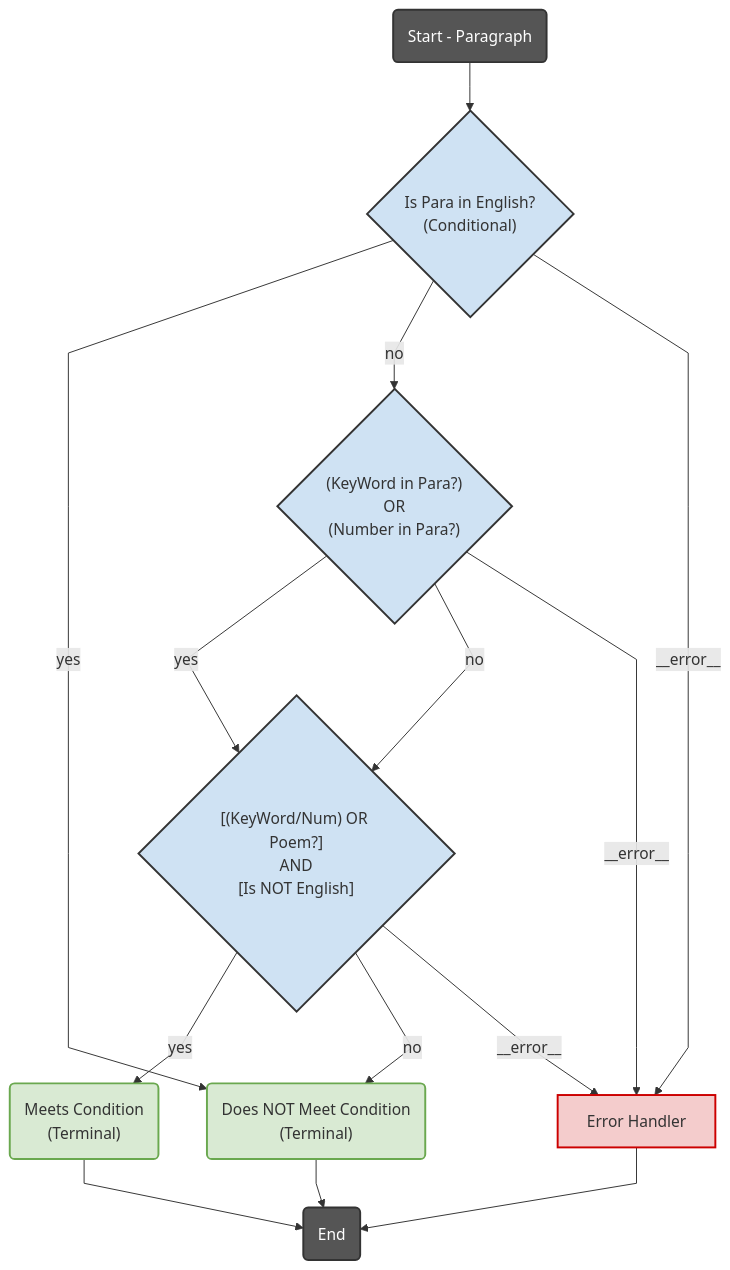
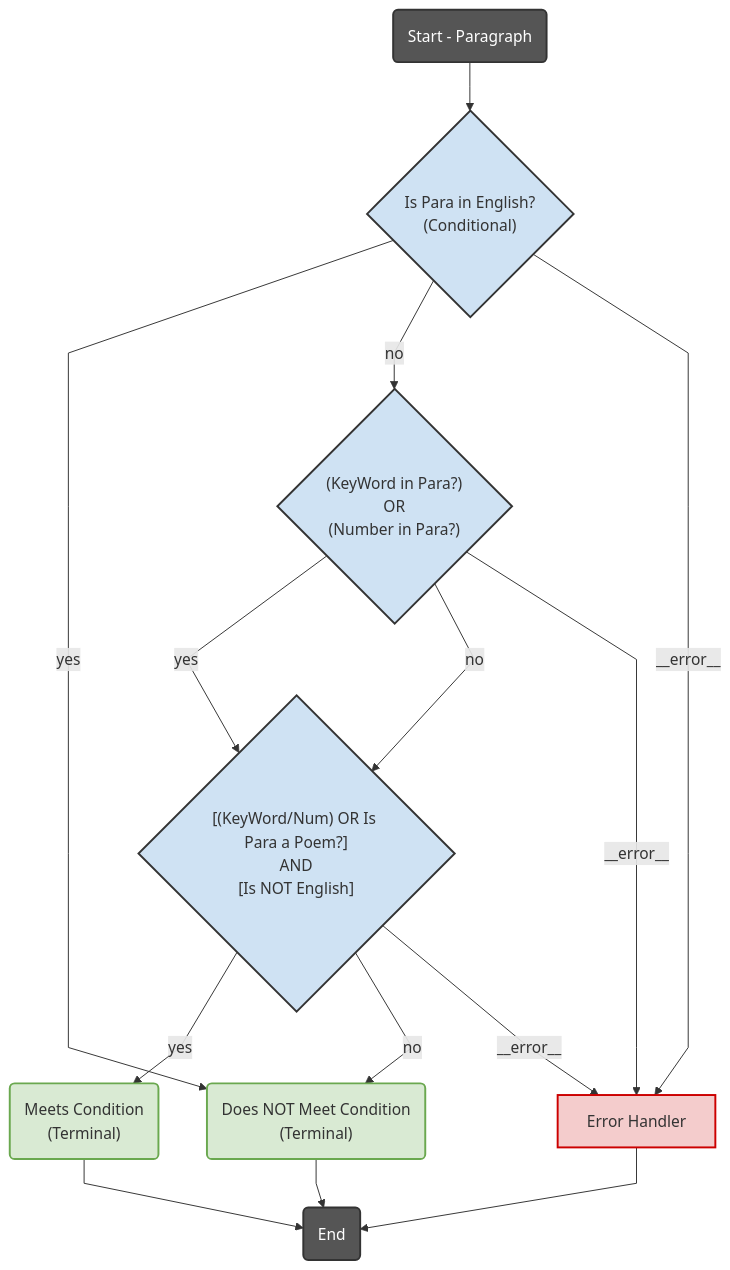
Before and after one commit to wilmandj/langgraph_decision_engine: the first of 2 diagrams in README.md, drawn with Mermaid.

````diff
--- a/README.md
+++ b/README.md
@@ -88,57 +88,57 @@
 ```mermaid
 ---
 config:
   flowchart:
     curve: linear
 ---
 graph TD;
     %% Node Definitions (Simplified Syntax with <br/> and Abstraction)
     __start__("Start - Paragraph"):::startEndNode
     wp_check_is_english{"Is Para in English?<br/>(Conditional)"}:::conditionalNode
     wp_check_word_or_num{"(KeyWord in Para?)<br/>OR<br/>(Number in Para?)"}:::conditionalNode
       %% Abstracted Node 1
-    wp_check_final_condition{"[(KeyWord/Num) OR Poem?]<br/>AND<br/>[Is NOT English]"}:::conditionalNode
+    wp_check_final_condition{"[(KeyWord/Num) OR Is Para a Poem?]<br/>AND<br/>[Is NOT English]"}:::conditionalNode
       %% Abstracted Node 2 (Represents final AND logic outcome)
     wp_terminal_meets_condition("Meets Condition<br/>(Terminal)"):::terminalNode
     wp_terminal_does_not_meet_condition("Does NOT Meet Condition<br/>(Terminal)"):::terminalNode
     wp_error_handler_complex["Error Handler"]:::errorNode
     __end__("End"):::startEndNode
 
     %% Edges (Connections - Manually Rerouted for Abstraction)
     __start__ --> wp_check_is_english
 
     wp_error_handler_complex --> __end__
     wp_terminal_does_not_meet_condition --> __end__
     wp_terminal_meets_condition --> __end__
 
     %% If English, fails condition
     wp_check_is_english -- "yes" --> wp_terminal_does_not_meet_condition
     %% If not English, check the combined Word/Number condition
     wp_check_is_english -- "no" --> wp_check_word_or_num
     wp_check_is_english -- "__error__" --> wp_error_handler_complex
       %% Error from initial check
 
     %% After checking Word OR Num, check the final combined condition (including Is Poem?)
     wp_check_word_or_num -- "yes" --> wp_check_final_condition
     wp_check_word_or_num -- "no" --> wp_check_final_condition
     wp_check_word_or_num -- "__error__" --> wp_error_handler_complex
       %% Represent potential errors from underlying checks
 
     %% Route based on the final abstracted condition result
     wp_check_final_condition -- "yes" --> wp_terminal_meets_condition
     wp_check_final_condition -- "no" --> wp_terminal_does_not_meet_condition
     wp_check_final_condition -- "__error__" --> wp_error_handler_complex
       %% Represent potential errors from underlying checks
 
 
     %% Class Definitions (Styling - Kept the same)
     classDef conditionalNode fill:#cfe2f3,stroke:#333,stroke-width:2px;
     classDef llmNode fill:#d9d2e9,stroke:#333,stroke-width:2px,color:#000000;
     classDef gateNode fill:#fce5cd,stroke:#e69138,stroke-width:2px;
     classDef terminalNode fill:#d9ead3,stroke:#6aa84f,stroke-width:2px;
     classDef actionNode fill:#f3f3f3,stroke:#666,stroke-width:2px,stroke-dasharray: 5 5;
     classDef classificationNode fill:#d0e0e3,stroke:#45818e,stroke-width:2px;
     classDef errorNode fill:#f4cccc,stroke:#cc0000,stroke-width:2px;
     classDef unknownNode fill:#eee,stroke:#333,stroke-width:1px;
     classDef startEndNode fill:#555,stroke:#333,stroke-width:2px,color:#fff;
 ```
````
